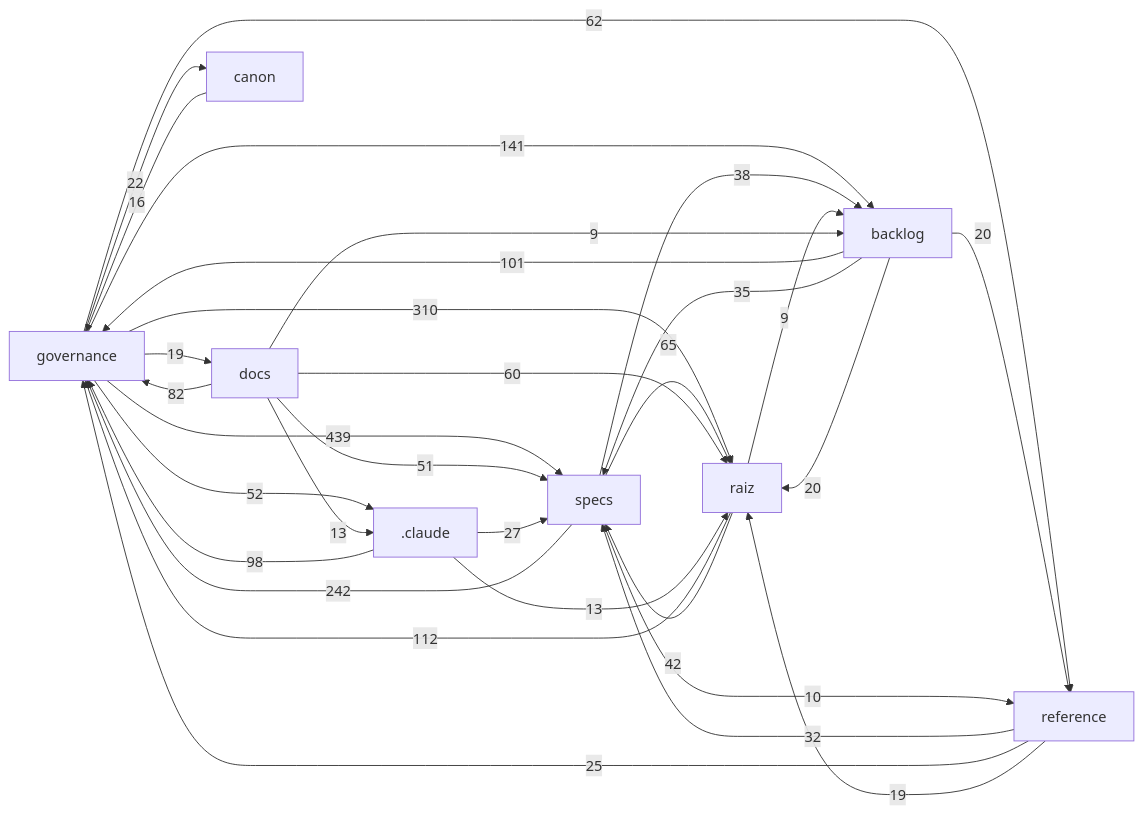
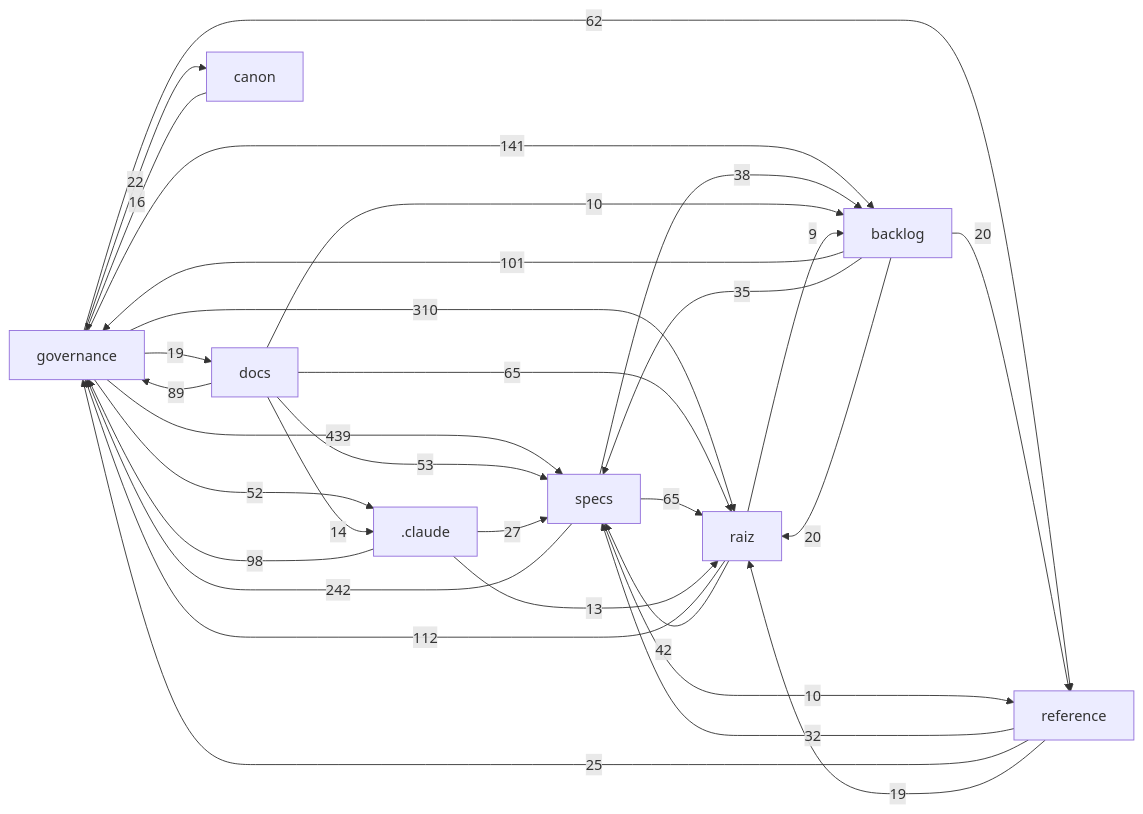
Before and after one commit to Andraus35/Sistema-Operacional-de-Trading--SOT: the diagram in docs/mapa/MAPA-PROJETO.md, drawn with Mermaid. The commit also changed other lines of this file and 3 other files, not shown here.

````diff
--- a/docs/mapa/MAPA-PROJETO.md
+++ b/docs/mapa/MAPA-PROJETO.md
@@ -29,33 +29,33 @@
 ```mermaid
 flowchart LR
   governance["governance"] -->|439| specs["specs"]
   governance["governance"] -->|310| raiz["raiz"]
   specs["specs"] -->|242| governance["governance"]
   governance["governance"] -->|141| backlog["backlog"]
   raiz["raiz"] -->|112| governance["governance"]
   backlog["backlog"] -->|101| governance["governance"]
   _claude[".claude"] -->|98| governance["governance"]
-  docs["docs"] -->|82| governance["governance"]
+  docs["docs"] -->|89| governance["governance"]
+  docs["docs"] -->|65| raiz["raiz"]
   specs["specs"] -->|65| raiz["raiz"]
   governance["governance"] -->|62| reference["reference"]
-  docs["docs"] -->|60| raiz["raiz"]
+  docs["docs"] -->|53| specs["specs"]
   governance["governance"] -->|52| _claude[".claude"]
-  docs["docs"] -->|51| specs["specs"]
   raiz["raiz"] -->|42| specs["specs"]
   specs["specs"] -->|38| backlog["backlog"]
   backlog["backlog"] -->|35| specs["specs"]
   reference["reference"] -->|32| specs["specs"]
   _claude[".claude"] -->|27| specs["specs"]
   reference["reference"] -->|25| governance["governance"]
   governance["governance"] -->|22| canon["canon"]
   backlog["backlog"] -->|20| raiz["raiz"]
   backlog["backlog"] -->|20| reference["reference"]
   governance["governance"] -->|19| docs["docs"]
   reference["reference"] -->|19| raiz["raiz"]
   canon["canon"] -->|16| governance["governance"]
+  docs["docs"] -->|14| _claude[".claude"]
   _claude[".claude"] -->|13| raiz["raiz"]
-  docs["docs"] -->|13| _claude[".claude"]
+  docs["docs"] -->|10| backlog["backlog"]
   specs["specs"] -->|10| reference["reference"]
   raiz["raiz"] -->|9| backlog["backlog"]
-  docs["docs"] -->|9| backlog["backlog"]
 ```
````
